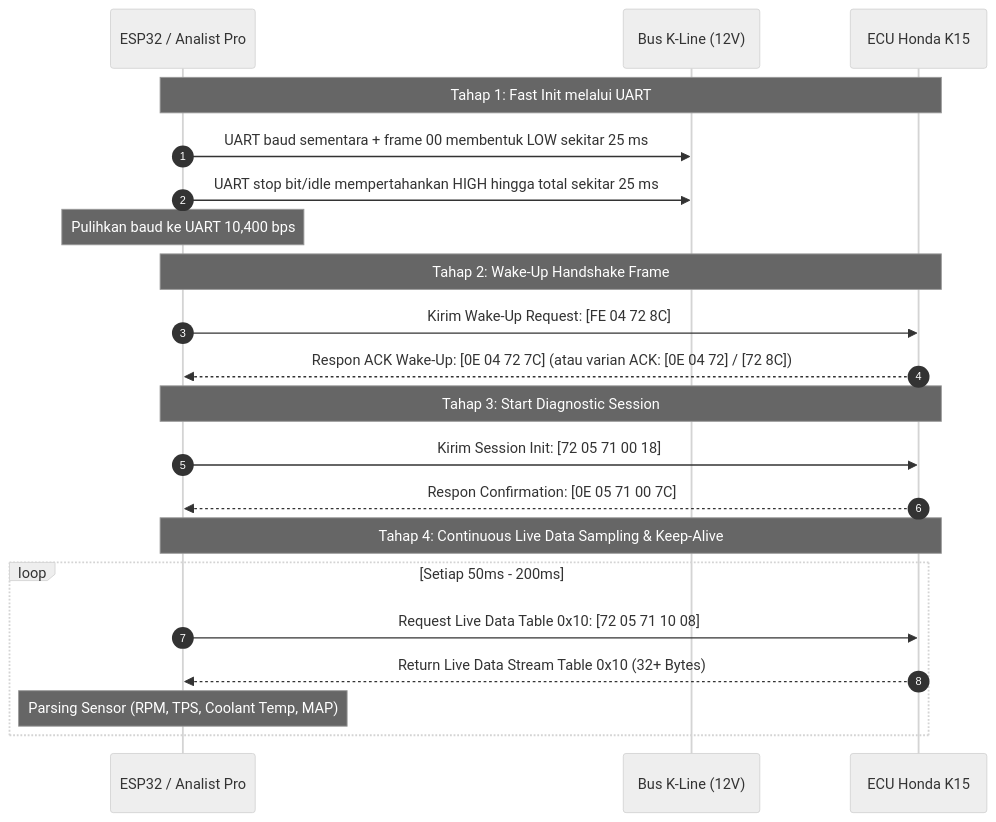
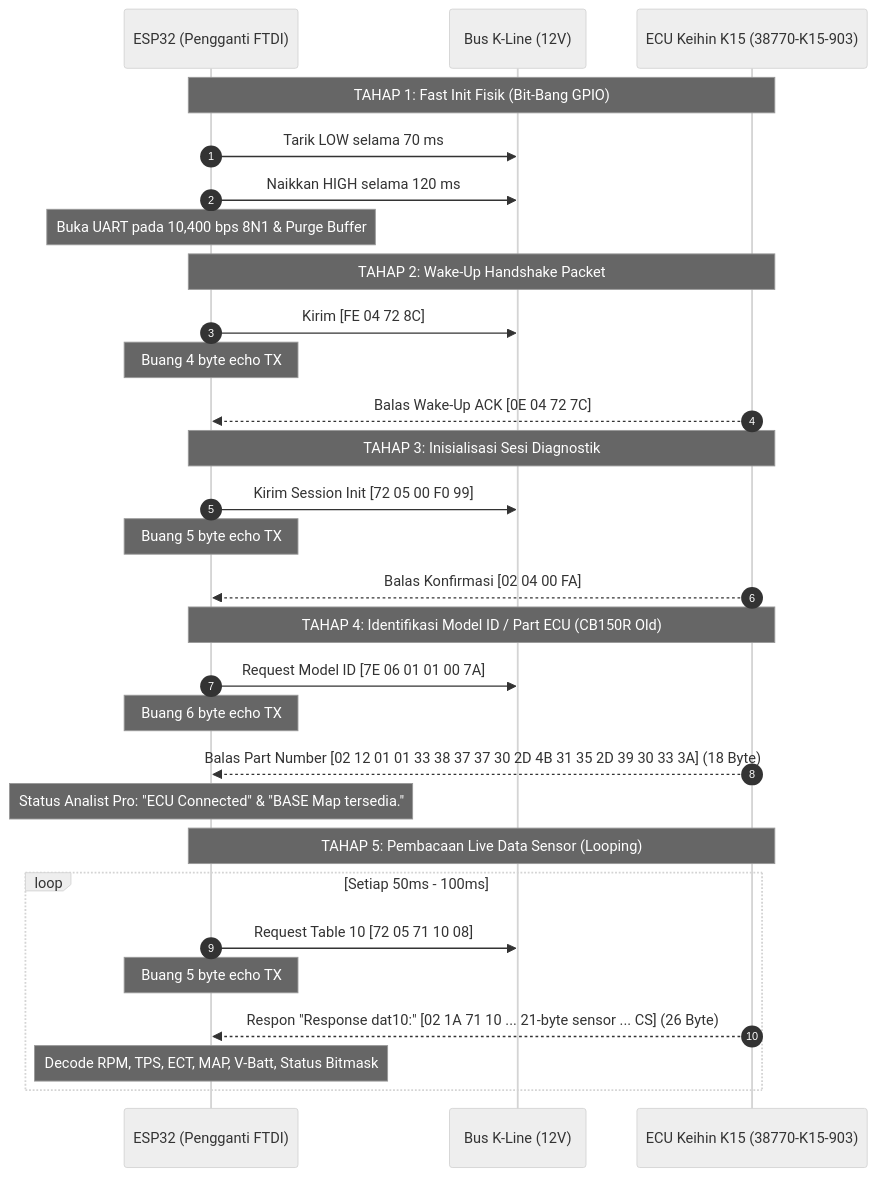
Before and after one commit to Carusuin/tiny_ml_MCU: the diagram in HONDA_K15_KLINE_PROTOCOL.md, drawn with Mermaid (neutral theme). The commit also changed other lines of this file and 4 other files, not shown here.

````diff
--- a/HONDA_K15_KLINE_PROTOCOL.md
+++ b/HONDA_K15_KLINE_PROTOCOL.md
@@ -21,27 +29,36 @@
 ```mermaid
 sequenceDiagram
     autonumber
-    participant ESP32 as ESP32 / Analist Pro
-    participant KLine as Bus K-Line (12V)
-    participant ECU as ECU Honda K15
+    participant MCU as ESP32 (Pengganti FTDI)
+    participant Bus as Bus K-Line (12V)
+    participant ECU as ECU Keihin K15 (38770-K15-903)
 
-    Note over ESP32,ECU: Tahap 1: Fast Init melalui UART
-    ESP32->>KLine: UART baud sementara + frame 00 membentuk LOW sekitar 25 ms
-    ESP32->>KLine: UART stop bit/idle mempertahankan HIGH hingga total sekitar 25 ms
-    Note over ESP32: Pulihkan baud ke UART 10,400 bps
+    Note over MCU,ECU: TAHAP 1: Fast Init Fisik (Bit-Bang GPIO)
+    MCU->>Bus: Tarik LOW selama 70 ms
+    MCU->>Bus: Naikkan HIGH selama 120 ms
+    Note over MCU: Buka UART pada 10,400 bps 8N1 & Purge Buffer
 
-    Note over ESP32,ECU: Tahap 2: Wake-Up Handshake Frame
-    ESP32->>ECU: Kirim Wake-Up Request: [FE 04 72 8C]
-    ECU-->>ESP32: Respon ACK Wake-Up: [0E 04 72 7C] (atau varian ACK: [0E 04 72] / [72 8C])
+    Note over MCU,ECU: TAHAP 2: Wake-Up Handshake Packet
+    MCU->>Bus: Kirim [FE 04 72 8C]
+    Note over MCU: Buang 4 byte echo TX
+    ECU-->>MCU: Balas Wake-Up ACK [0E 04 72 7C]
 
-    Note over ESP32,ECU: Tahap 3: Start Diagnostic Session
-    ESP32->>ECU: Kirim Session Init: [72 05 71 00 18]
-    ECU-->>ESP32: Respon Confirmation: [0E 05 71 00 7C]
+    Note over MCU,ECU: TAHAP 3: Inisialisasi Sesi Diagnostik
+    MCU->>Bus: Kirim Session Init [72 05 00 F0 99]
+    Note over MCU: Buang 5 byte echo TX
+    ECU-->>MCU: Balas Konfirmasi [02 04 00 FA]
 
-    Note over ESP32,ECU: Tahap 4: Continuous Live Data Sampling & Keep-Alive
-    loop Setiap 50ms - 200ms
-        ESP32->>ECU: Request Live Data Table 0x10: [72 05 71 10 08]
-        ECU-->>ESP32: Return Live Data Stream Table 0x10 (32+ Bytes)
-        Note over ESP32: Parsing Sensor (RPM, TPS, Coolant Temp, MAP)
+    Note over MCU,ECU: TAHAP 4: Identifikasi Model ID / Part ECU (CB150R Old)
+    MCU->>Bus: Request Model ID [7E 06 01 01 00 7A]
+    Note over MCU: Buang 6 byte echo TX
+    ECU-->>MCU: Balas Part Number [02 12 01 01 33 38 37 37 30 2D 4B 31 35 2D 39 30 33 3A] (18 Byte)
+    Note over MCU: Status Analist Pro: "ECU Connected" & "BASE Map tersedia."
+
+    Note over MCU,ECU: TAHAP 5: Pembacaan Live Data Sensor (Looping)
+    loop Setiap 50ms - 100ms
+        MCU->>Bus: Request Table 10 [72 05 71 10 08]
+        Note over MCU: Buang 5 byte echo TX
+        ECU-->>MCU: Respon "Response dat10:" [02 1A 71 10 ... 21-byte sensor ... CS] (26 Byte)
+        Note over MCU: Decode RPM, TPS, ECT, MAP, V-Batt, Status Bitmask
     end
 ```
````
